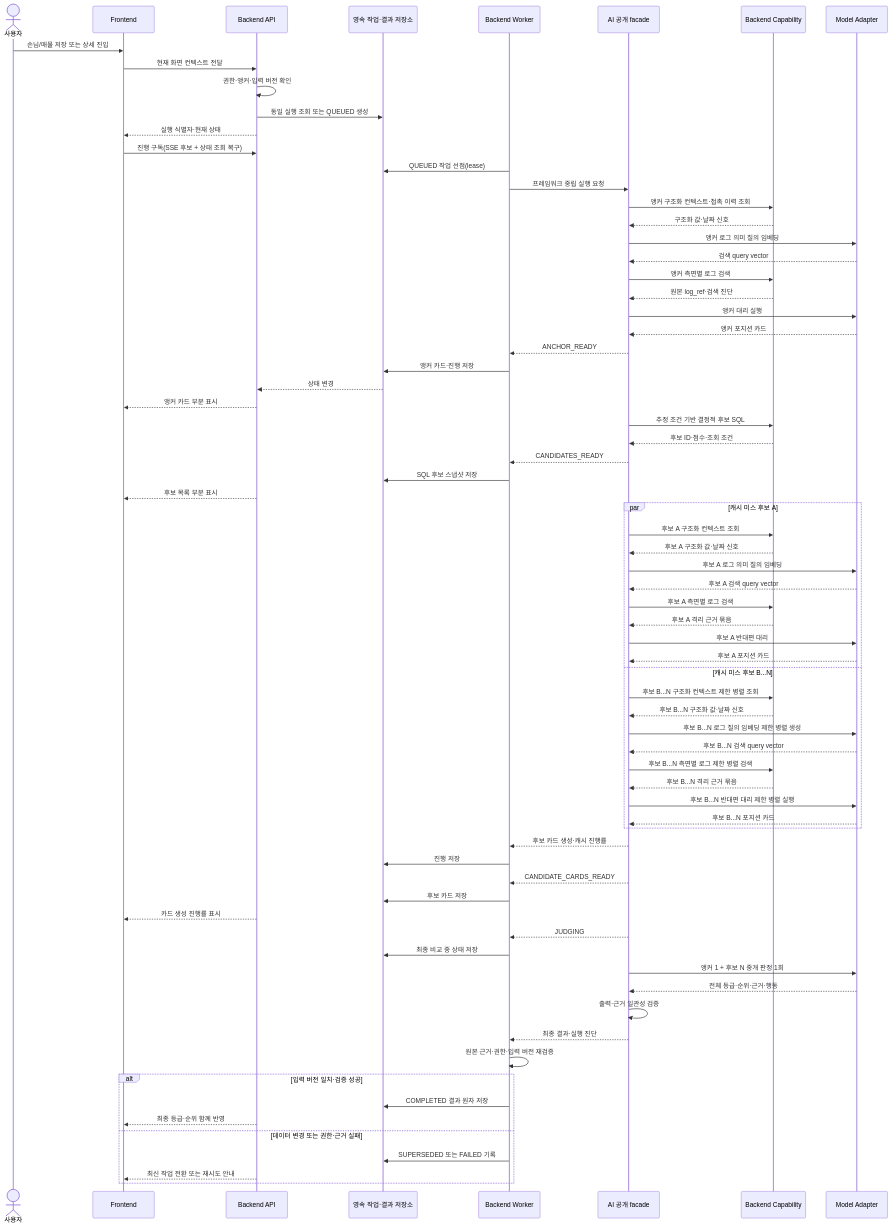
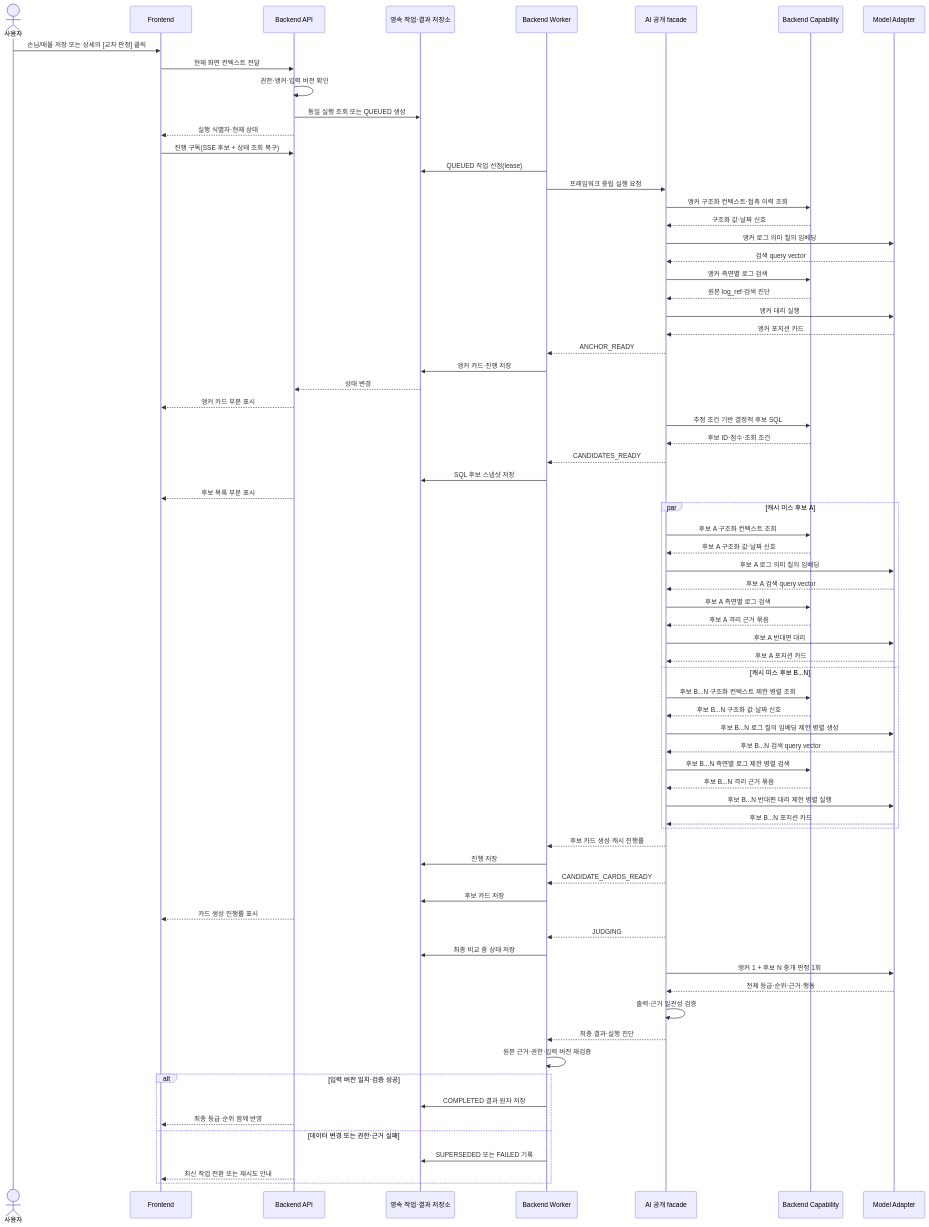
Before and after one commit to SKNETWORKS-FAMILY-AICAMP/SKN30-FINAL-3Team: the diagram in docs/architecture/f3/online-runtime.md, drawn with Mermaid. The commit also changed other lines of this file and 13 other files, not shown here.

````diff
--- a/docs/architecture/f3/online-runtime.md
+++ b/docs/architecture/f3/online-runtime.md
@@ -80,79 +81,79 @@
 ```mermaid
 sequenceDiagram
     actor User as 사용자
     participant FE as Frontend
     participant API as Backend API
     participant Job as 영속 작업·결과 저장소
     participant W as Backend Worker
     participant AI as AI 공개 facade
     participant Cap as Backend Capability
     participant Model as Model Adapter
 
-    User->>FE: 손님/매물 저장 또는 상세 진입
+    User->>FE: 손님/매물 저장 또는 상세의 [교차 판정] 클릭
     FE->>API: 현재 화면 컨텍스트 전달
     API->>API: 권한·앵커·입력 버전 확인
     API->>Job: 동일 실행 조회 또는 QUEUED 생성
     API-->>FE: 실행 식별자·현재 상태
     FE->>API: 진행 구독(SSE 후보 + 상태 조회 복구)
 
     W->>Job: QUEUED 작업 선점(lease)
     W->>AI: 프레임워크 중립 실행 요청
     AI->>Cap: 앵커 구조화 컨텍스트·접촉 이력 조회
     Cap-->>AI: 구조화 값·날짜 신호
     AI->>Model: 앵커 로그 의미 질의 임베딩
     Model-->>AI: 검색 query vector
     AI->>Cap: 앵커 측면별 로그 검색
     Cap-->>AI: 원본 log_ref·검색 진단
     AI->>Model: 앵커 대리 실행
     Model-->>AI: 앵커 포지션 카드
     AI-->>W: ANCHOR_READY
     W->>Job: 앵커 카드·진행 저장
     Job-->>API: 상태 변경
     API-->>FE: 앵커 카드 부분 표시
 
     AI->>Cap: 추정 조건 기반 결정적 후보 SQL
     Cap-->>AI: 후보 ID·점수·조회 조건
     AI-->>W: CANDIDATES_READY
     W->>Job: SQL 후보 스냅샷 저장
     API-->>FE: 후보 목록 부분 표시
 
     par 캐시 미스 후보 A
         AI->>Cap: 후보 A 구조화 컨텍스트 조회
         Cap-->>AI: 후보 A 구조화 값·날짜 신호
         AI->>Model: 후보 A 로그 의미 질의 임베딩
         Model-->>AI: 후보 A 검색 query vector
         AI->>Cap: 후보 A 측면별 로그 검색
         Cap-->>AI: 후보 A 격리 근거 묶음
         AI->>Model: 후보 A 반대편 대리
         Model-->>AI: 후보 A 포지션 카드
     and 캐시 미스 후보 B...N
         AI->>Cap: 후보 B...N 구조화 컨텍스트 제한 병렬 조회
         Cap-->>AI: 후보 B...N 구조화 값·날짜 신호
         AI->>Model: 후보 B...N 로그 질의 임베딩 제한 병렬 생성
         Model-->>AI: 후보 B...N 검색 query vector
         AI->>Cap: 후보 B...N 측면별 로그 제한 병렬 검색
         Cap-->>AI: 후보 B...N 격리 근거 묶음
         AI->>Model: 후보 B...N 반대편 대리 제한 병렬 실행
         Model-->>AI: 후보 B...N 포지션 카드
     end
     AI-->>W: 후보 카드 생성·캐시 진행률
     W->>Job: 진행 저장
     AI-->>W: CANDIDATE_CARDS_READY
     W->>Job: 후보 카드 저장
     API-->>FE: 카드 생성 진행률 표시
 
     AI-->>W: JUDGING
     W->>Job: 최종 비교 중 상태 저장
     AI->>Model: 앵커 1 + 후보 N 중개 판정 1회
     Model-->>AI: 전체 등급·순위·근거·행동
     AI->>AI: 출력·근거 일관성 검증
     AI-->>W: 최종 결과·실행 진단
     W->>W: 원본 근거·권한·입력 버전 재검증
     alt 입력 버전 일치·검증 성공
         W->>Job: COMPLETED 결과 원자 저장
         API-->>FE: 최종 등급·순위 함께 반영
     else 데이터 변경 또는 권한·근거 실패
         W->>Job: SUPERSEDED 또는 FAILED 기록
         API-->>FE: 최신 작업 전환 또는 재시도 안내
     end
 ```
````
